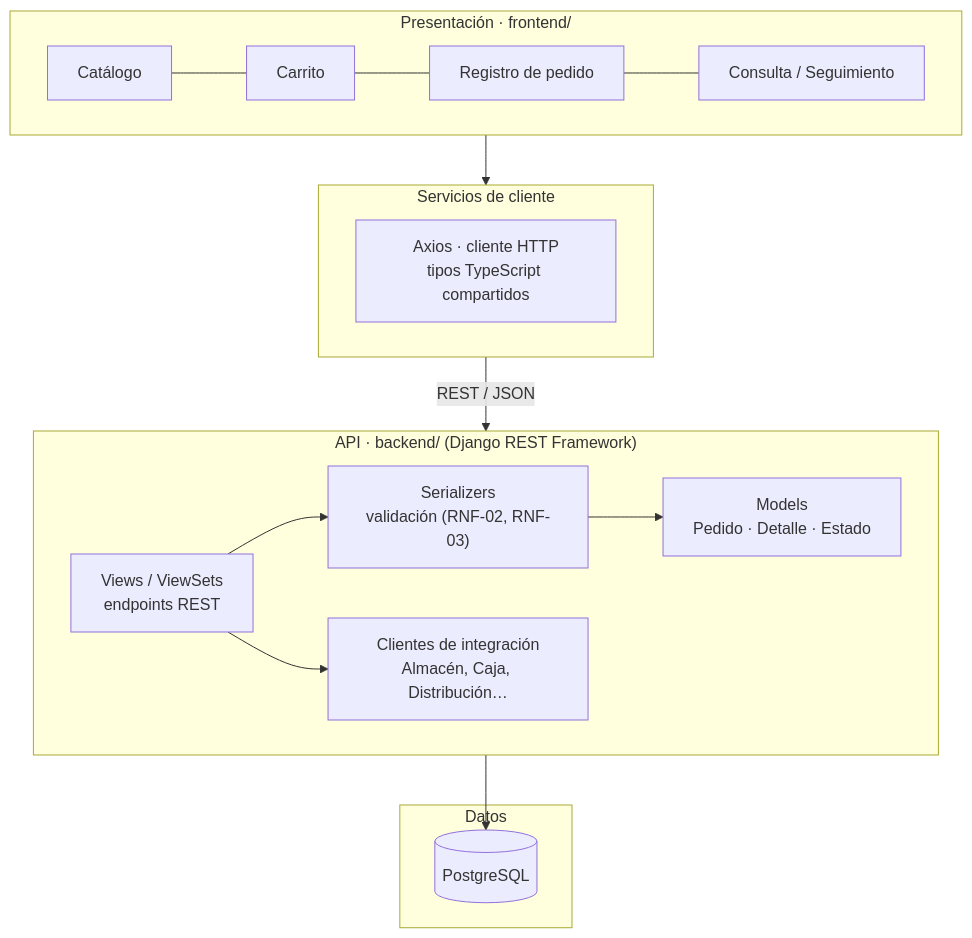
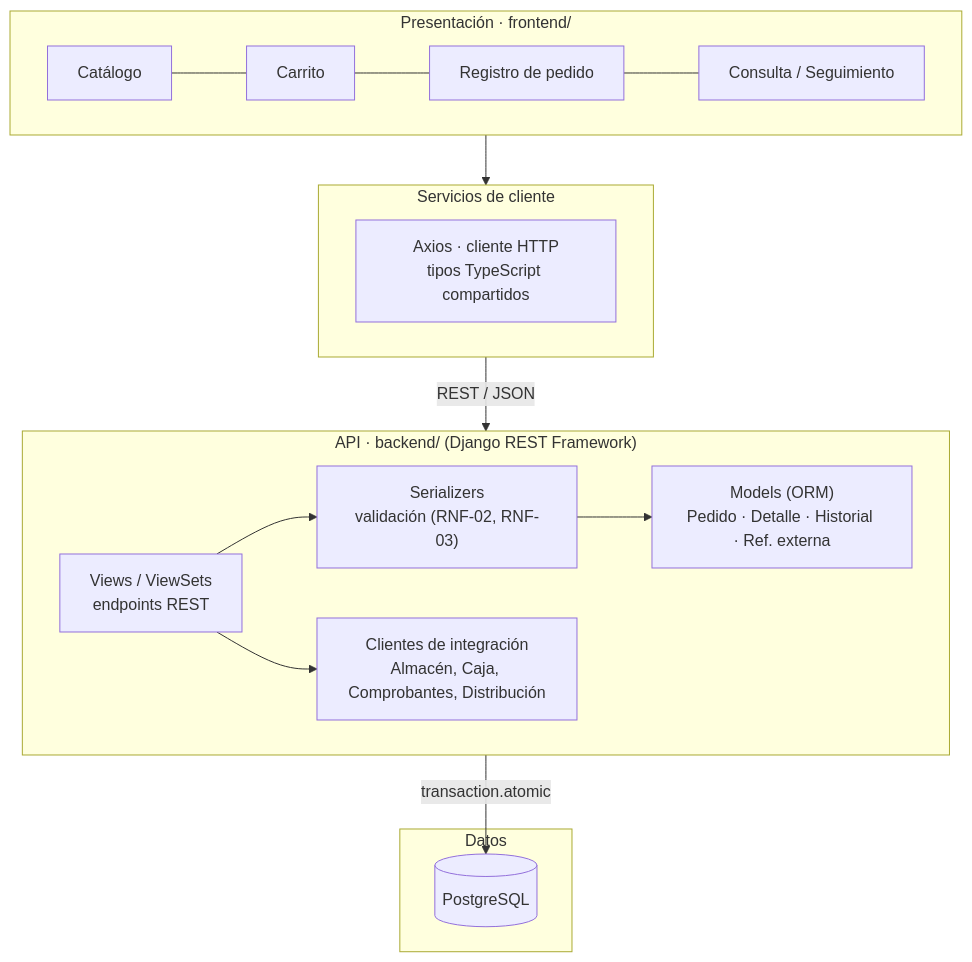
One commit to unsa-fsi-2026b-ventas-virtuales/ventas-virtuales changed the second of 5 diagrams in docs/arquitectura.md. Above: the diagram before and after it, drawn with Mermaid. The commit also changed other lines of this file and 1 other file, not shown here.

````diff
--- a/docs/arquitectura.md
+++ b/docs/arquitectura.md
@@ -38,21 +38,21 @@
 ```mermaid
 flowchart TB
     subgraph P["Presentación · frontend/"]
         direction LR
         P1[Catálogo] --- P2[Carrito] --- P3[Registro de pedido] --- P4[Consulta / Seguimiento]
     end
     subgraph S["Servicios de cliente"]
         AX["Axios · cliente HTTP<br/>tipos TypeScript compartidos"]
     end
     subgraph A["API · backend/ (Django REST Framework)"]
         direction LR
-        V["Views / ViewSets<br/>endpoints REST"] --> SE["Serializers<br/>validación (RNF-02, RNF-03)"] --> M["Models<br/>Pedido · Detalle · Estado"]
-        I["Clientes de integración<br/>Almacén, Caja, Distribución…"]
+        V["Views / ViewSets<br/>endpoints REST"] --> SE["Serializers<br/>validación (RNF-02, RNF-03)"] --> M["Models (ORM)<br/>Pedido · Detalle · Historial · Ref. externa"]
+        I["Clientes de integración<br/>Almacén, Caja, Comprobantes, Distribución"]
         V --> I
     end
     subgraph D["Datos"]
         PG[("PostgreSQL")]
     end
     P --> S -- "REST / JSON" --> A
-    M --> PG
+    M -- "transaction.atomic" --> PG
 ```
````
